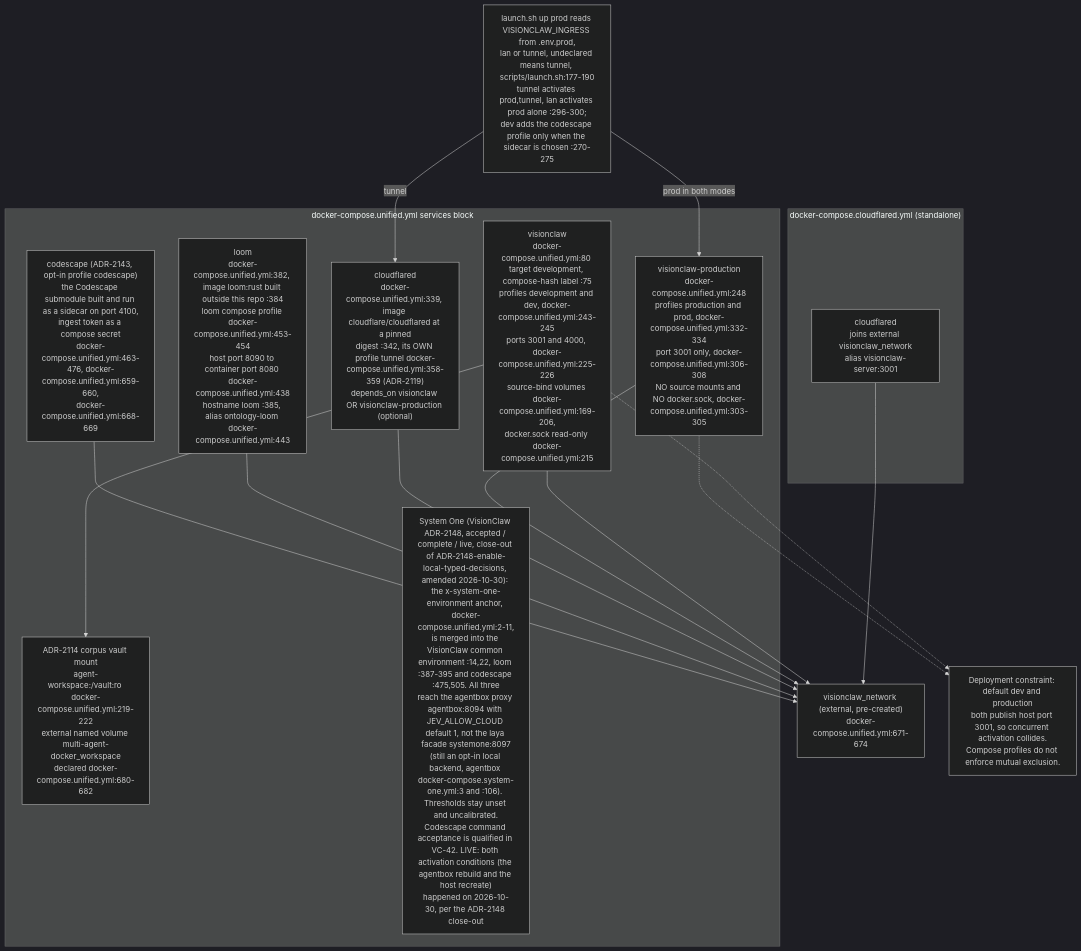
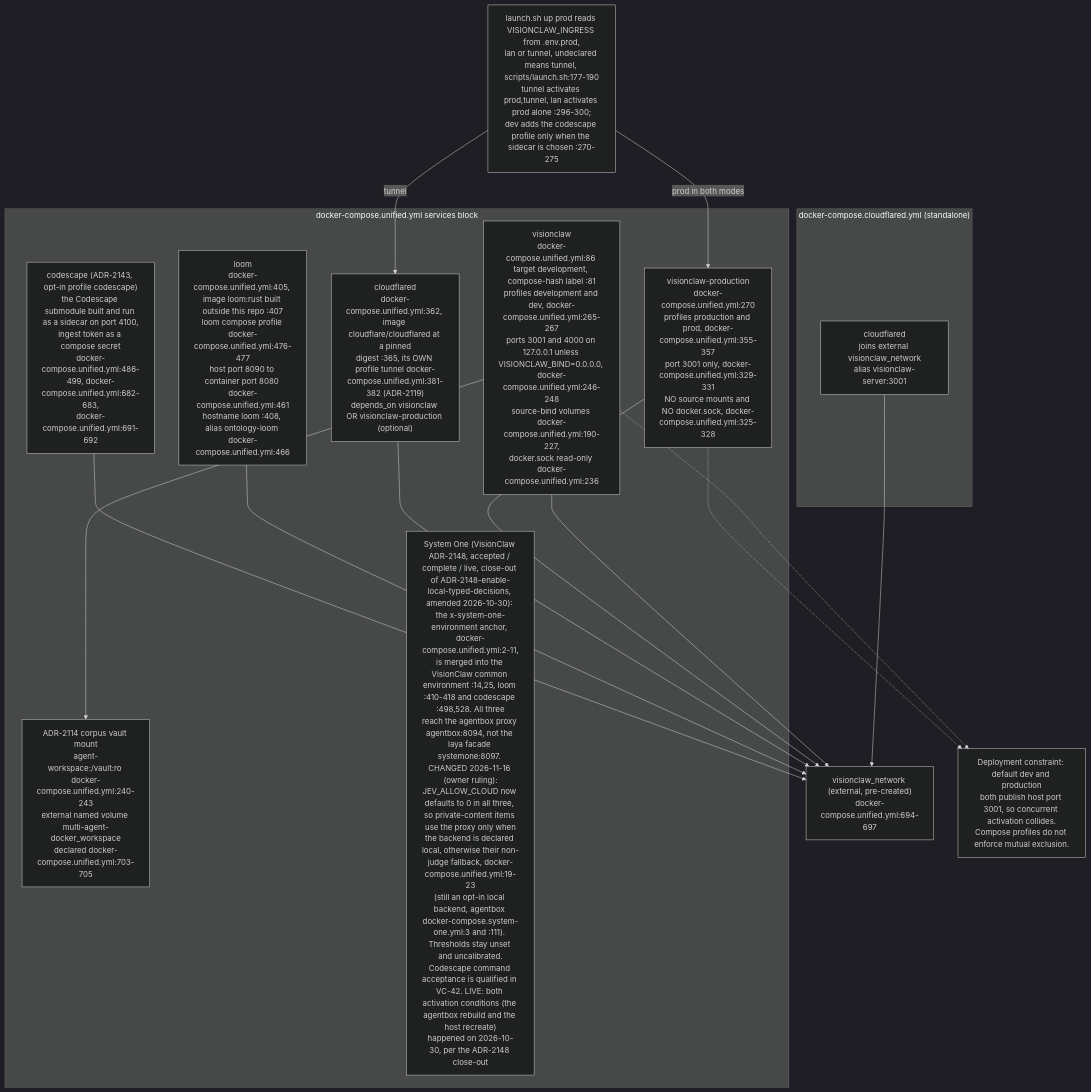
The eighth of 24 diagrams in docs/diagrams/estate/09-build-deploy-and-ci-estate.md (DreamLab-AI/VisionFlow), drawn with Mermaid (dark theme) before and after one commit. The commit also changed other lines of this file and 5 other files, not shown here.

````diff
--- a/docs/diagrams/estate/09-build-deploy-and-ci-estate.md
+++ b/docs/diagrams/estate/09-build-deploy-and-ci-estate.md
@@ -324,31 +324,31 @@
 ```mermaid
 flowchart TB
     subgraph PROFILES["docker-compose.unified.yml services block"]
-        DEVSVC["visionclaw<br/>docker-compose.unified.yml:80 target development, compose-hash label :75<br/>profiles development and dev, docker-compose.unified.yml:243-245<br/>ports 3001 and 4000, docker-compose.unified.yml:225-226<br/>source-bind volumes docker-compose.unified.yml:169-206,<br/>docker.sock read-only docker-compose.unified.yml:215"]
-        VAULTMOUNT["ADR-2114 corpus vault mount<br/>agent-workspace:/vault:ro docker-compose.unified.yml:219-222<br/>external named volume multi-agent-docker_workspace<br/>declared docker-compose.unified.yml:680-682"]
-        PRODSVC["visionclaw-production<br/>docker-compose.unified.yml:248<br/>profiles production and prod, docker-compose.unified.yml:332-334<br/>port 3001 only, docker-compose.unified.yml:306-308<br/>NO source mounts and NO docker.sock, docker-compose.unified.yml:303-305"]
-        CLOUDFLARED["cloudflared<br/>docker-compose.unified.yml:339, image cloudflare/cloudflared at a pinned<br/>digest :342, its OWN profile tunnel docker-compose.unified.yml:358-359 (ADR-2119)<br/>depends_on visionclaw OR visionclaw-production (optional)"]
-        LOOM["loom<br/>docker-compose.unified.yml:382, image loom:rust built outside this repo :384<br/>loom compose profile docker-compose.unified.yml:453-454<br/>host port 8090 to container port 8080 docker-compose.unified.yml:438<br/>hostname loom :385, alias ontology-loom docker-compose.unified.yml:443"]
-        CODESCAPE["codescape (ADR-2143, opt-in profile codescape)<br/>the Codescape submodule built and run as a sidecar on port 4100,<br/>ingest token as a compose secret<br/>docker-compose.unified.yml:463-476, docker-compose.unified.yml:659-660,<br/>docker-compose.unified.yml:668-669"]
-        SYS1["System One (VisionClaw ADR-2148, accepted / complete / live, close-out of ADR-2148-enable-local-typed-decisions, amended 2026-10-30): the x-system-one-environment anchor, docker-compose.unified.yml:2-11,<br/>is merged into the VisionClaw common environment :14,22, loom :387-395 and codescape :475,505. All three<br/>reach the agentbox proxy agentbox:8094 with JEV_ALLOW_CLOUD default 1, not the laya facade systemone:8097<br/>(still an opt-in local backend, agentbox docker-compose.system-one.yml:3 and :106). Thresholds stay unset and uncalibrated.<br/>Codescape command acceptance is qualified in VC-42. LIVE: both activation conditions (the agentbox rebuild and the host recreate)<br/>happened on 2026-10-30, per the ADR-2148 close-out"]
+        DEVSVC["visionclaw<br/>docker-compose.unified.yml:86 target development, compose-hash label :81<br/>profiles development and dev, docker-compose.unified.yml:265-267<br/>ports 3001 and 4000 on 127.0.0.1 unless VISIONCLAW_BIND=0.0.0.0, docker-compose.unified.yml:246-248<br/>source-bind volumes docker-compose.unified.yml:190-227,<br/>docker.sock read-only docker-compose.unified.yml:236"]
+        VAULTMOUNT["ADR-2114 corpus vault mount<br/>agent-workspace:/vault:ro docker-compose.unified.yml:240-243<br/>external named volume multi-agent-docker_workspace<br/>declared docker-compose.unified.yml:703-705"]
+        PRODSVC["visionclaw-production<br/>docker-compose.unified.yml:270<br/>profiles production and prod, docker-compose.unified.yml:355-357<br/>port 3001 only, docker-compose.unified.yml:329-331<br/>NO source mounts and NO docker.sock, docker-compose.unified.yml:325-328"]
+        CLOUDFLARED["cloudflared<br/>docker-compose.unified.yml:362, image cloudflare/cloudflared at a pinned<br/>digest :365, its OWN profile tunnel docker-compose.unified.yml:381-382 (ADR-2119)<br/>depends_on visionclaw OR visionclaw-production (optional)"]
+        LOOM["loom<br/>docker-compose.unified.yml:405, image loom:rust built outside this repo :407<br/>loom compose profile docker-compose.unified.yml:476-477<br/>host port 8090 to container port 8080 docker-compose.unified.yml:461<br/>hostname loom :408, alias ontology-loom docker-compose.unified.yml:466"]
+        CODESCAPE["codescape (ADR-2143, opt-in profile codescape)<br/>the Codescape submodule built and run as a sidecar on port 4100,<br/>ingest token as a compose secret<br/>docker-compose.unified.yml:486-499, docker-compose.unified.yml:682-683,<br/>docker-compose.unified.yml:691-692"]
+        SYS1["System One (VisionClaw ADR-2148, accepted / complete / live, close-out of ADR-2148-enable-local-typed-decisions, amended 2026-10-30): the x-system-one-environment anchor, docker-compose.unified.yml:2-11,<br/>is merged into the VisionClaw common environment :14,25, loom :410-418 and codescape :498,528. All three<br/>reach the agentbox proxy agentbox:8094, not the laya facade systemone:8097. CHANGED 2026-11-16 (owner ruling):<br/>JEV_ALLOW_CLOUD now defaults to 0 in all three, so private-content items use the proxy only when<br/>the backend is declared local, otherwise their non-judge fallback, docker-compose.unified.yml:19-23<br/>(still an opt-in local backend, agentbox docker-compose.system-one.yml:3 and :111). Thresholds stay unset and uncalibrated.<br/>Codescape command acceptance is qualified in VC-42. LIVE: both activation conditions (the agentbox rebuild and the host recreate)<br/>happened on 2026-10-30, per the ADR-2148 close-out"]
     end
     subgraph EXTFILE["docker-compose.cloudflared.yml (standalone)"]
         CFSTANDALONE["cloudflared<br/>joins external visionclaw_network<br/>alias visionclaw-server:3001"]
     end
-    NET["visionclaw_network (external, pre-created)<br/>docker-compose.unified.yml:671-674"]
+    NET["visionclaw_network (external, pre-created)<br/>docker-compose.unified.yml:694-697"]
     INGRESS["launch.sh up prod reads VISIONCLAW_INGRESS from .env.prod,<br/>lan or tunnel, undeclared means tunnel, scripts/launch.sh:177-190<br/>tunnel activates prod,tunnel, lan activates prod alone :296-300;<br/>dev adds the codescape profile only when the sidecar is chosen :270-275"]
     INGRESS -->|"tunnel"| CLOUDFLARED
     INGRESS -->|"prod in both modes"| PRODSVC
 
     DEVSVC --> VAULTMOUNT
     DEVSVC --> NET
     PRODSVC --> NET
     CLOUDFLARED --> NET
     LOOM --> NET
     CODESCAPE --> NET
     CFSTANDALONE --> NET
 
     GATE["Deployment constraint: default dev and production<br/>both publish host port 3001, so concurrent activation collides.<br/>Compose profiles do not enforce mutual exclusion."]
     DEVSVC -.-> GATE
     PRODSVC -.-> GATE
 ```
````
